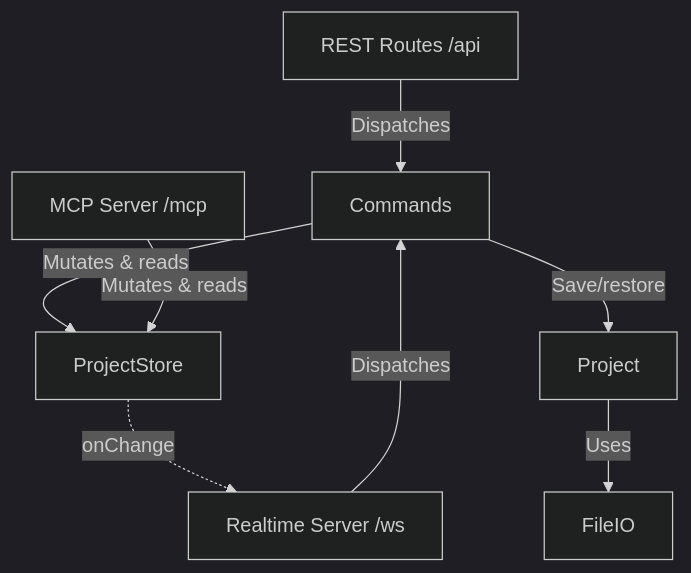
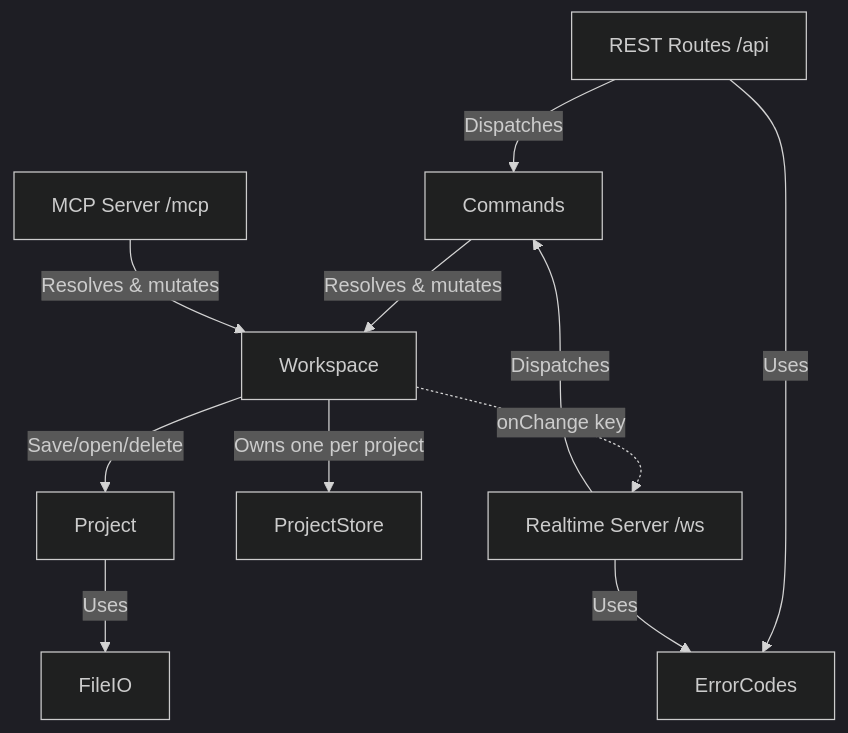
Before and after one commit to tantinlala/blossom-mcp: the diagram in docs/architecture/backend.md, drawn with Mermaid (dark theme). The commit also changed other lines of this file and 74 other files, not shown here.

First line of the commit message:
Hold several projects open, one board per session

````diff
--- a/docs/architecture/backend.md
+++ b/docs/architecture/backend.md
@@ -3,10 +3,13 @@
 ```mermaid
 graph TD
     ApiRoutes[REST Routes /api] -->|Dispatches| Commands
     Realtime[Realtime Server /ws] -->|Dispatches| Commands
-    Commands -->|Mutates & reads| ProjectStore
-    McpServer[MCP Server /mcp] -->|Mutates & reads| ProjectStore
-    ProjectStore -.->|onChange| Realtime
-    Commands -->|Save/restore| Project
+    Commands -->|Resolves & mutates| Workspace
+    McpServer[MCP Server /mcp] -->|Resolves & mutates| Workspace
+    Workspace -->|Owns one per project| ProjectStore
+    Workspace -.->|onChange key| Realtime
+    Workspace -->|Save/open/delete| Project
     Project -->|Uses| FileIO
+    ApiRoutes -->|Uses| ErrorCodes
+    Realtime -->|Uses| ErrorCodes
 ```
````
